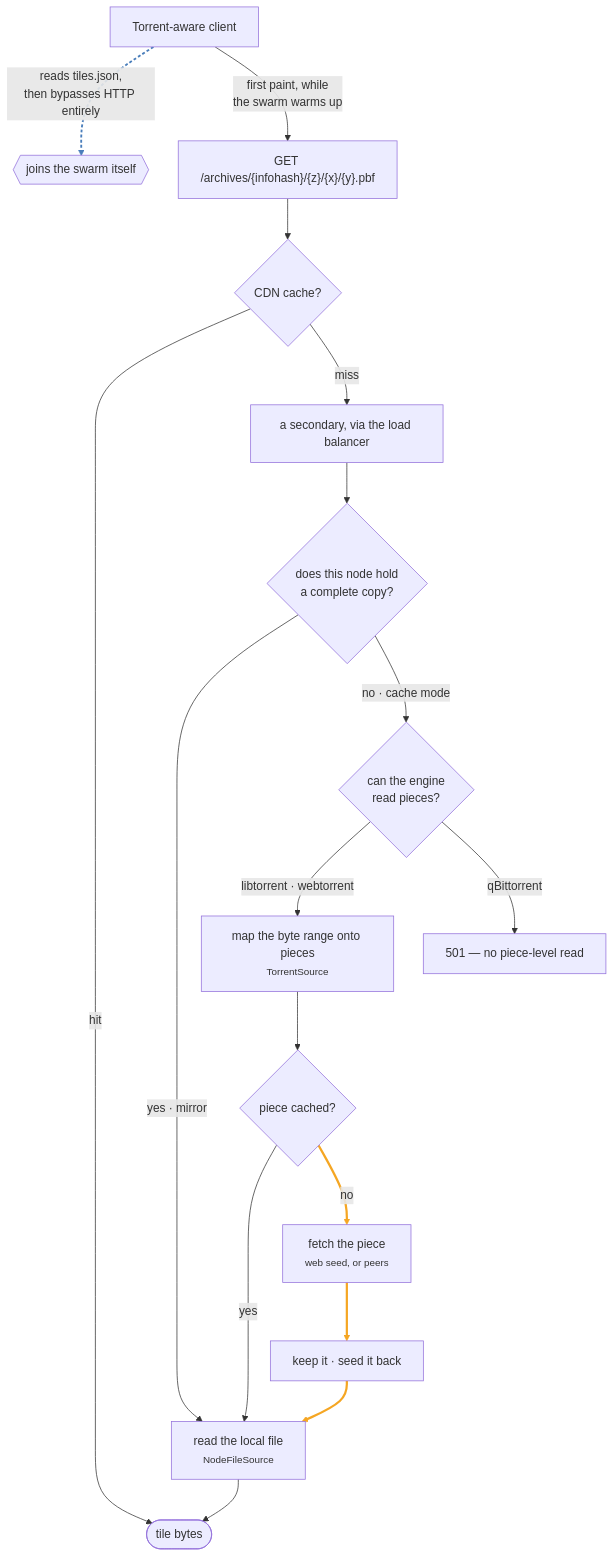
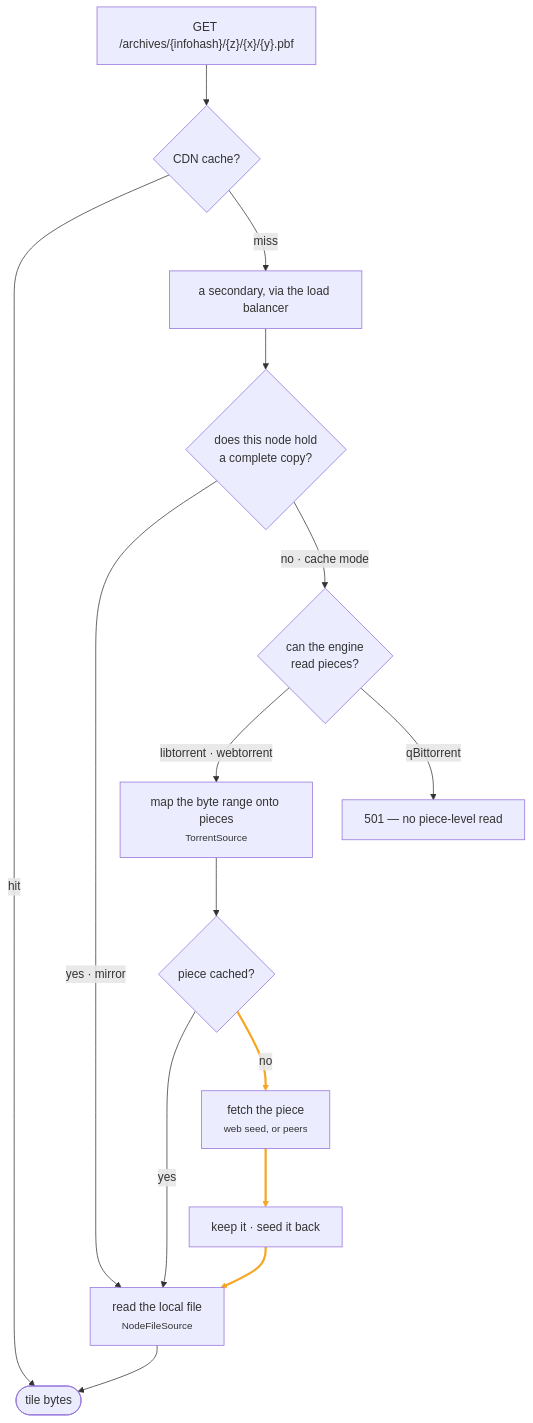
One commit to TechIdiots-LLC/pmtiles-swarm changed the second of 4 diagrams in docs/architecture-diagram.md. Above: the diagram before and after it, drawn with Mermaid. The commit also changed other lines of this file and 6 other files, not shown here.

````diff
--- a/docs/architecture-diagram.md
+++ b/docs/architecture-diagram.md
@@ -76,29 +95,25 @@
 ```mermaid
 %%{init: {"flowchart": {"rankSpacing": 55, "nodeSpacing": 40}}}%%
 graph TD
     REQ["GET /archives/{infohash}/{z}/{x}/{y}.pbf"] --> CDN{"CDN cache?"}
     CDN -->|"hit"| DONE(["tile bytes"])
     CDN -->|"miss"| NODE["a secondary, via the load balancer"]
 
     NODE --> HOLD{"does this node hold<br/>a complete copy?"}
     HOLD -->|"yes · mirror"| LOCAL["read the local file<br/><small>NodeFileSource</small>"]
     HOLD -->|"no · cache mode"| ENG{"can the engine<br/>read pieces?"}
 
     ENG -->|"libtorrent · webtorrent"| SWARM["map the byte range onto pieces<br/><small>TorrentSource</small>"]
     ENG -->|"qBittorrent"| ERR["501 — no piece-level read"]
 
     SWARM --> PC{"piece cached?"}
     PC -->|"yes"| LOCAL
     PC -->|"no"| FETCH["fetch the piece<br/><small>web seed, or peers</small>"]
     FETCH --> SEED["keep it · seed it back"]
     SEED --> LOCAL
 
     LOCAL --> DONE
 
-    TA["Torrent-aware client"] -.->|"reads tiles.json,<br/>then bypasses HTTP entirely"| SWARM2{{"joins the swarm itself"}}
-    TA -->|"first paint, while<br/>the swarm warms up"| REQ
-
-    %% 10-12 = the piece fetch and seed-back path, 14 = the client's own swarm
+    %% 10-12 = the piece fetch and seed-back path
     linkStyle 10,11,12 stroke:#F5A623,stroke-width:3px;
-    linkStyle 14 stroke:#4A7EBB,stroke-width:2.5px,stroke-dasharray:4 3;
 ```
````
